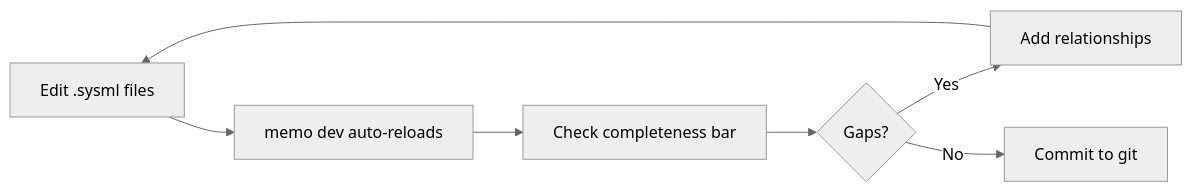
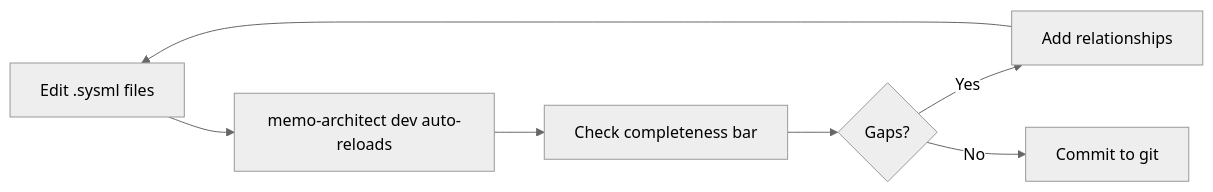
One commit to memoarchitect/memo-architect changed the diagram in docs/src/users/medical-device-tutorial.md. Above: the diagram before and after it, drawn with Mermaid (neutral theme). The commit also changed other lines of this file and 97 other files, not shown here.

Commit message:
package architect as the visual memo distribution

````diff
--- a/docs/src/users/medical-device-tutorial.md
+++ b/docs/src/users/medical-device-tutorial.md
@@ -365,9 +365,9 @@
 ```mermaid
 graph LR
-    A[Edit .sysml files] --> B[memo dev auto-reloads]
+    A[Edit .sysml files] --> B[memo-architect dev auto-reloads]
     B --> C[Check completeness bar]
     C --> D{Gaps?}
     D -->|Yes| E[Add relationships]
     D -->|No| F[Commit to git]
     E --> A
 ```
````
